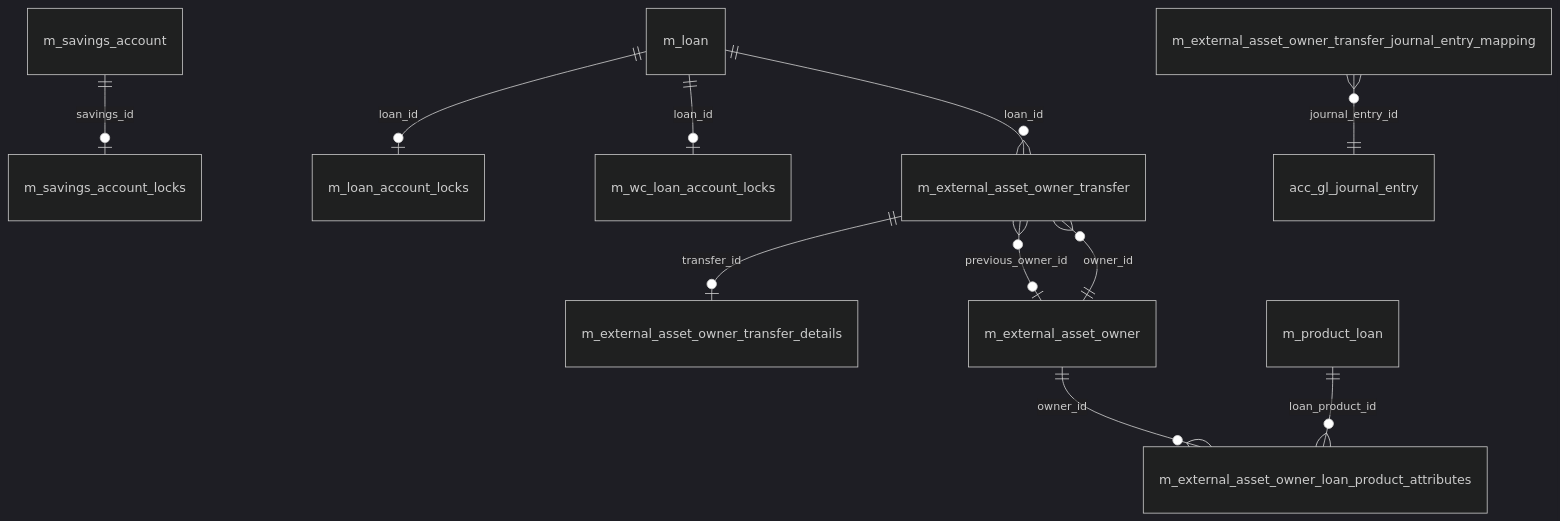
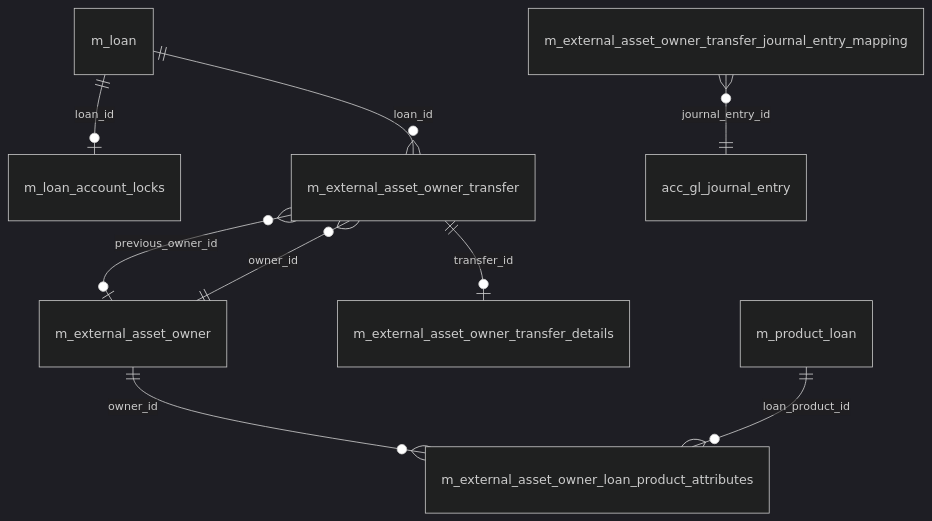
One commit to mintlify-atlas/docs-wiki-7f6244b0 changed the diagram in models/cob-and-investor-model.mdx. Above: the diagram before and after it, drawn with Mermaid (dark theme). The commit also changed other lines of this file and 28 other files, not shown here.

````diff
--- a/models/cob-and-investor-model.mdx
+++ b/models/cob-and-investor-model.mdx
@@ -11,13 +11,11 @@
 ```mermaid
 erDiagram
     m_loan ||--o| m_loan_account_locks : "loan_id"
-    m_savings_account ||--o| m_savings_account_locks : "savings_id"
-    m_loan ||--o| m_wc_loan_account_locks : "loan_id"
     m_external_asset_owner ||--o{ m_external_asset_owner_transfer : "owner_id"
     m_loan ||--o{ m_external_asset_owner_transfer : "loan_id"
     m_external_asset_owner_transfer ||--o| m_external_asset_owner_transfer_details : "transfer_id"
     m_external_asset_owner ||--o{ m_external_asset_owner_loan_product_attributes : "owner_id"
     m_product_loan ||--o{ m_external_asset_owner_loan_product_attributes : "loan_product_id"
     m_external_asset_owner_transfer }o--o| m_external_asset_owner : "previous_owner_id"
     m_external_asset_owner_transfer_journal_entry_mapping }o--|| acc_gl_journal_entry : "journal_entry_id"
 ```
````
